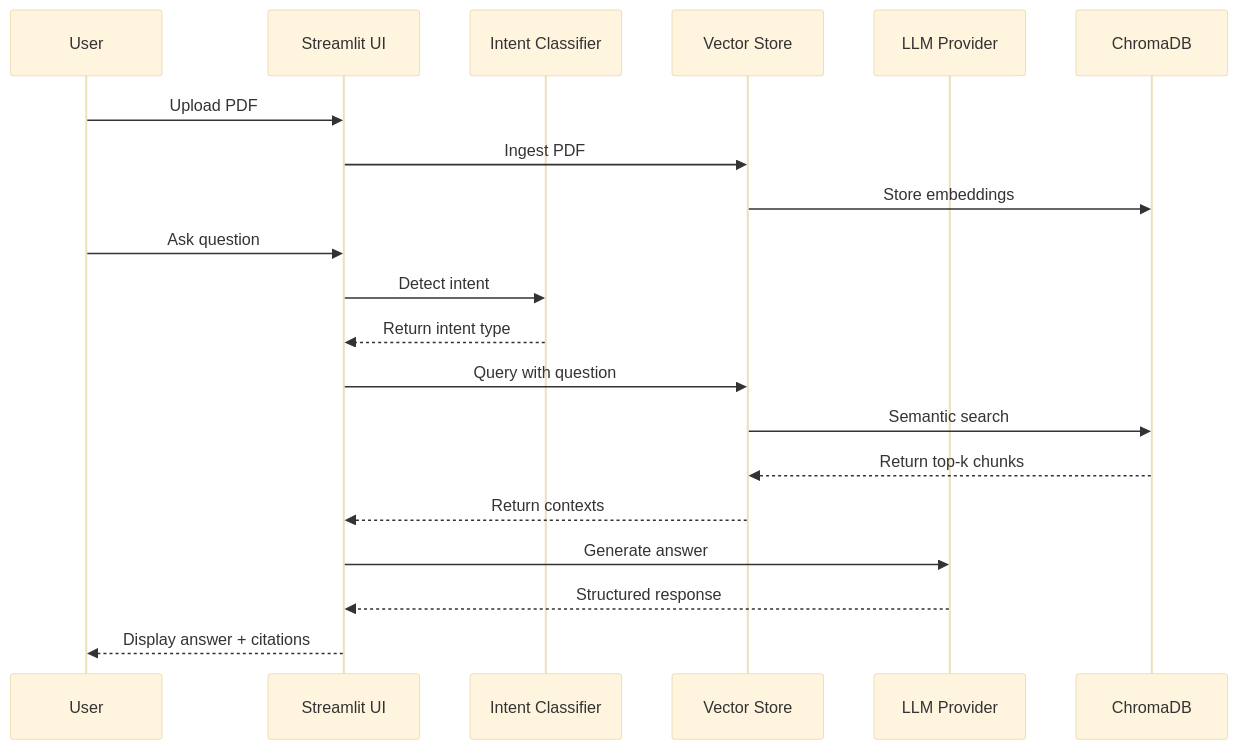
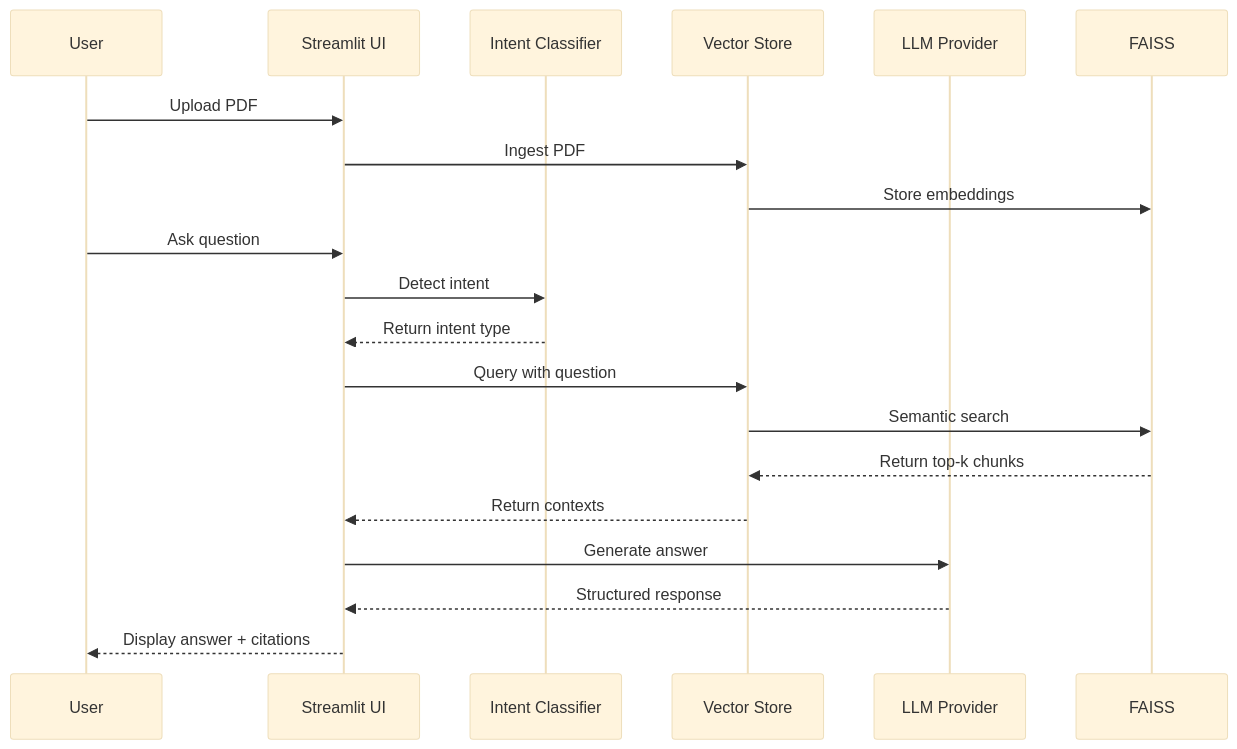
One commit to Rakhii24/Edumentor-AI changed the diagram in README.md. Above: the diagram before and after it, drawn with Mermaid (base theme). The commit also changed other lines of this file, not shown here.

````diff
--- a/README.md
+++ b/README.md
@@ -30,24 +30,24 @@
 ```mermaid
 sequenceDiagram
     participant User
     participant Streamlit UI
     participant Intent Classifier
     participant Vector Store
     participant LLM Provider
-    participant ChromaDB
+    participant FAISS
 
     User->>Streamlit UI: Upload PDF
     Streamlit UI->>Vector Store: Ingest PDF
-    Vector Store->>ChromaDB: Store embeddings
+    Vector Store->>FAISS: Store embeddings
 
     User->>Streamlit UI: Ask question
     Streamlit UI->>Intent Classifier: Detect intent
     Intent Classifier-->>Streamlit UI: Return intent type
     Streamlit UI->>Vector Store: Query with question
-    Vector Store->>ChromaDB: Semantic search
-    ChromaDB-->>Vector Store: Return top-k chunks
+    Vector Store->>FAISS: Semantic search
+    FAISS-->>Vector Store: Return top-k chunks
     Vector Store-->>Streamlit UI: Return contexts
     Streamlit UI->>LLM Provider: Generate answer
     LLM Provider-->>Streamlit UI: Structured response
     Streamlit UI-->>User: Display answer + citations
 ```
````
